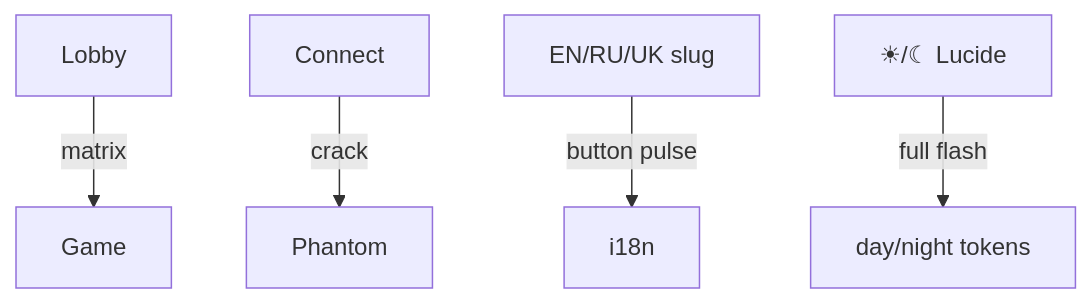
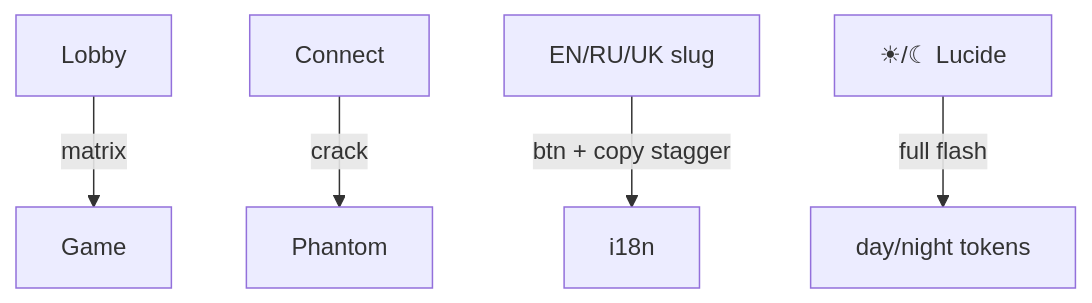
The first of 2 diagrams in iterations/02-gsap-motion-base.md (Heytany/-Vibe-Code-Challenge-Build-a-Crypto-Casino-in-a-Weekend), drawn with Mermaid before and after one commit. The commit also changed other lines of this file and 2 other files, not shown here.

````diff
--- a/iterations/02-gsap-motion-base.md
+++ b/iterations/02-gsap-motion-base.md
@@ -32,7 +33,7 @@
 ```mermaid
 flowchart TB
     Lobby -->|matrix| Game
     Connect -->|crack| Phantom
-    Slug[EN/RU/UK slug] -->|button pulse| i18n
+    Slug[EN/RU/UK slug] -->|btn + copy stagger| i18n
     Theme[☀/☾ Lucide] -->|full flash| DayNight[day/night tokens]
 ```
````
